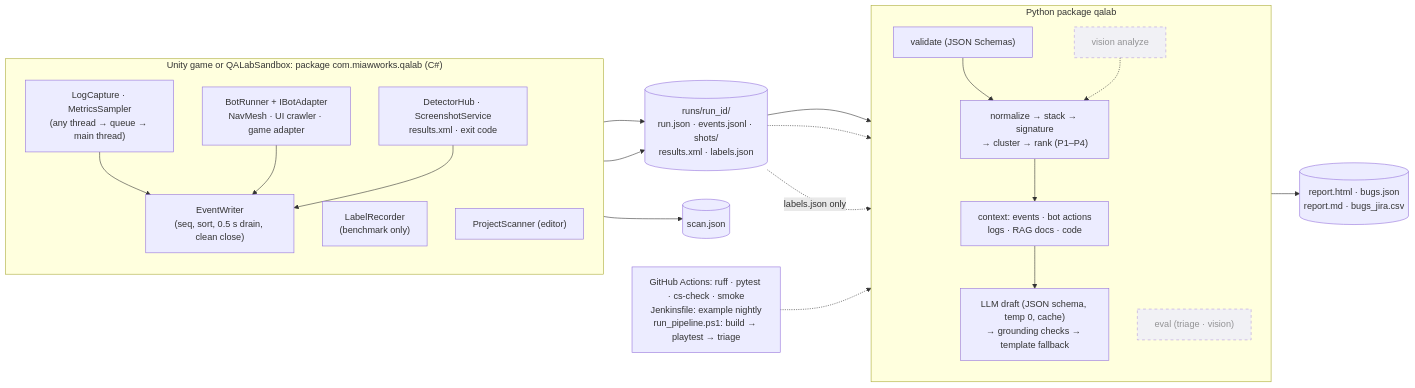
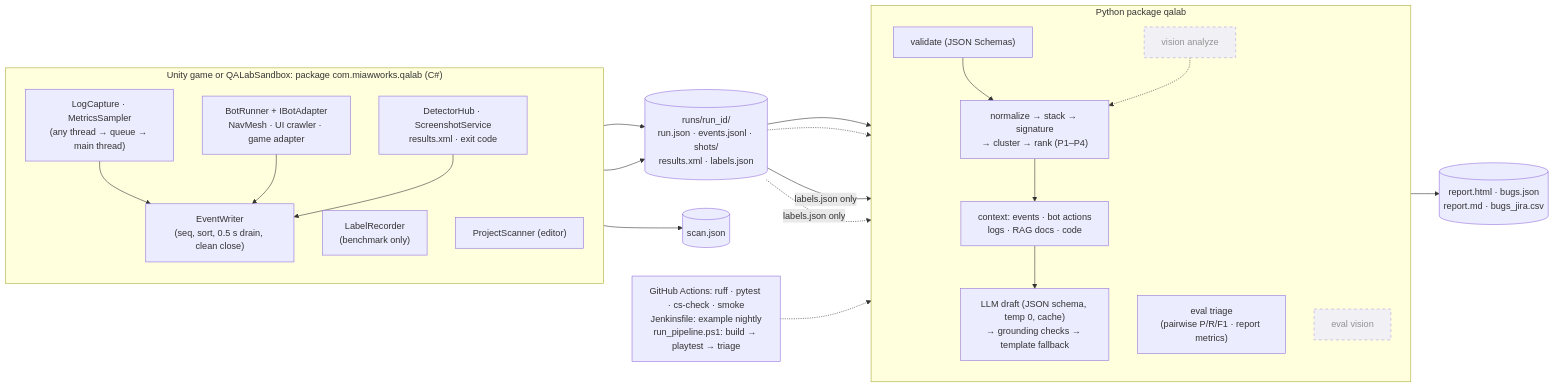
Before and after one commit to sorinnha/miaw-qa-lab: the diagram in README.md, drawn with Mermaid. The commit also changed other lines of this file and 8 other files, not shown here.

````diff
--- a/README.md
+++ b/README.md
@@ -71,40 +78,42 @@
 ```mermaid
 flowchart LR
   subgraph unity["Unity game or QALabSandbox: package com.miawworks.qalab (C#)"]
     direction TB
     log["LogCapture · MetricsSampler<br/>(any thread → queue → main thread)"]
     writer["EventWriter<br/>(seq, sort, 0.5 s drain, clean close)"]
     labels["LabelRecorder<br/>(benchmark only)"]
     bot["BotRunner + IBotAdapter<br/>NavMesh · UI crawler · game adapter"]
     det["DetectorHub · ScreenshotService<br/>results.xml · exit code"]
     scan["ProjectScanner (editor)"]
     log --> writer
     bot --> writer
     det --> writer
   end
 
   run[("runs/run_id/<br/>run.json · events.jsonl · shots/<br/>results.xml · labels.json")]
   writer --> run
   labels --> run
   scan --> scanjson[("scan.json")]
 
   subgraph py["Python package qalab"]
     direction TB
     validate["validate (JSON Schemas)"]
     cluster["normalize → stack → signature<br/>→ cluster → rank (P1–P4)"]
     context["context: events · bot actions<br/>logs · RAG docs · code"]
     llm["LLM draft (JSON schema, temp 0, cache)<br/>→ grounding checks → template fallback"]
     vision["vision analyze"]:::planned
-    evalx["eval (triage · vision)"]:::planned
+    evalt["eval triage<br/>(pairwise P/R/F1 · report metrics)"]
+    evalv["eval vision"]:::planned
     validate --> cluster --> context --> llm
   end
 
   run --> validate
   run -.-> vision -.-> cluster
-  run -.->|labels.json only| evalx
+  run -->|labels.json only| evalt
+  run -.->|labels.json only| evalv
   llm --> out[("report.html · bugs.json<br/>report.md · bugs_jira.csv")]
 
   ci["GitHub Actions: ruff · pytest · cs-check · smoke<br/>Jenkinsfile: example nightly<br/>run_pipeline.ps1: build → playtest → triage"] -.-> py
 
   classDef planned stroke-dasharray: 5 5,opacity:0.7;
 ```
````
